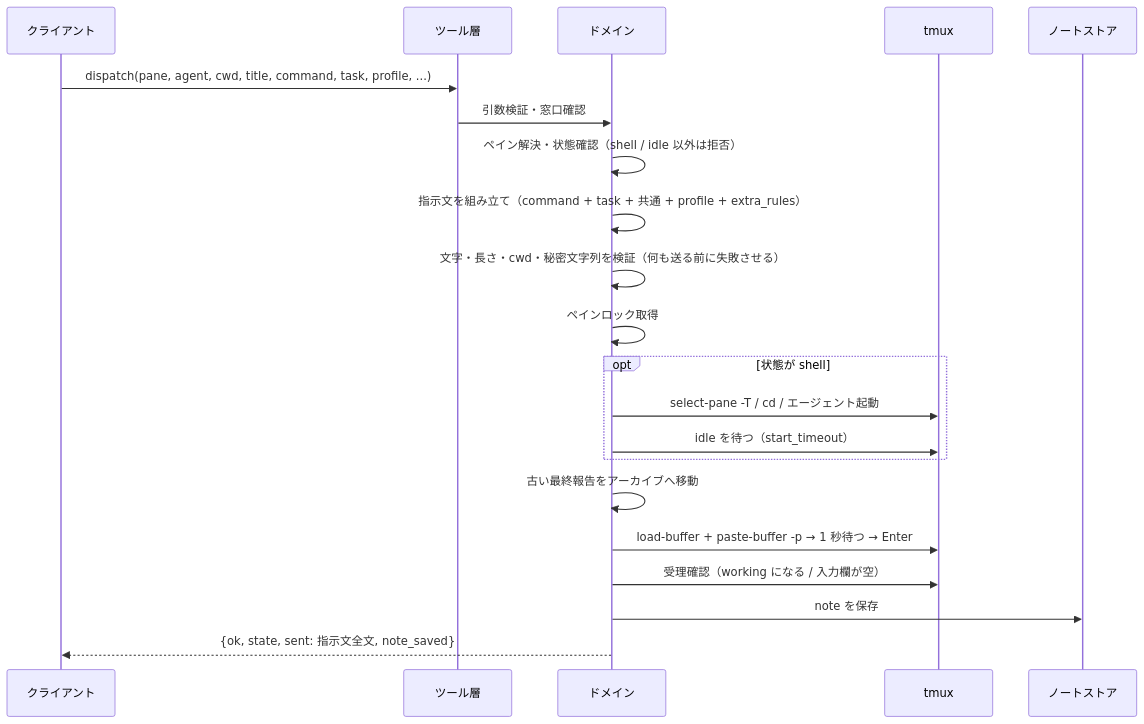
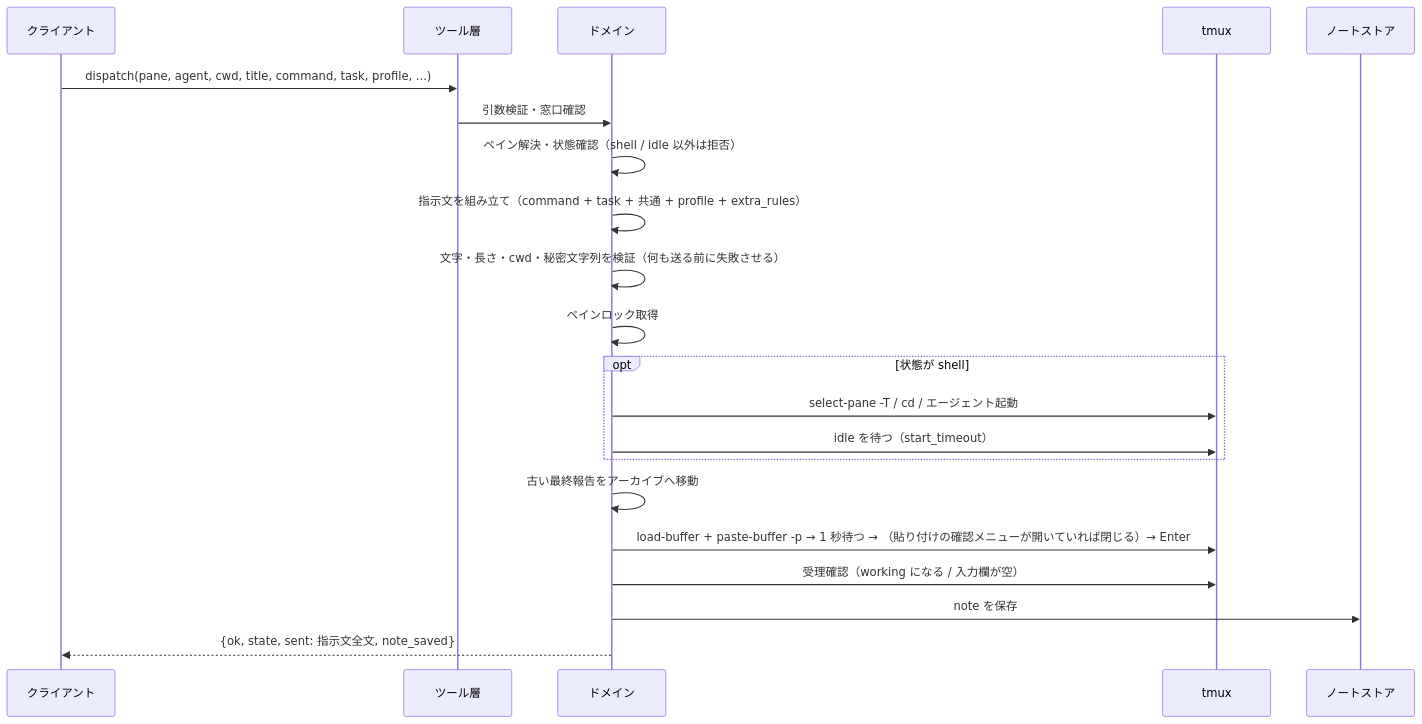
One commit to ousiassllc/swarm-console changed the fourth of 6 diagrams in docs/architecture/overview.md. Above: the diagram before and after it, drawn with Mermaid. The commit also changed 16 other files, not shown here.

````diff
--- a/docs/architecture/overview.md
+++ b/docs/architecture/overview.md
@@ -137,24 +137,24 @@
 ```mermaid
 sequenceDiagram
     participant C as クライアント
     participant T as ツール層
     participant D as ドメイン
     participant X as tmux
     participant N as ノートストア
 
     C->>T: dispatch(pane, agent, cwd, title, command, task, profile, ...)
     T->>D: 引数検証・窓口確認
     D->>D: ペイン解決・状態確認（shell / idle 以外は拒否）
     D->>D: 指示文を組み立て（command + task + 共通 + profile + extra_rules）
     D->>D: 文字・長さ・cwd・秘密文字列を検証（何も送る前に失敗させる）
     D->>D: ペインロック取得
     opt 状態が shell
         D->>X: select-pane -T / cd / エージェント起動
         D->>X: idle を待つ（start_timeout）
     end
     D->>D: 古い最終報告をアーカイブへ移動
-    D->>X: load-buffer + paste-buffer -p → 1 秒待つ → Enter
+    D->>X: load-buffer + paste-buffer -p → 1 秒待つ → （貼り付けの確認メニューが開いていれば閉じる）→ Enter
     D->>X: 受理確認（working になる / 入力欄が空）
     D->>N: note を保存
     D-->>C: {ok, state, sent: 指示文全文, note_saved}
 ```
````
